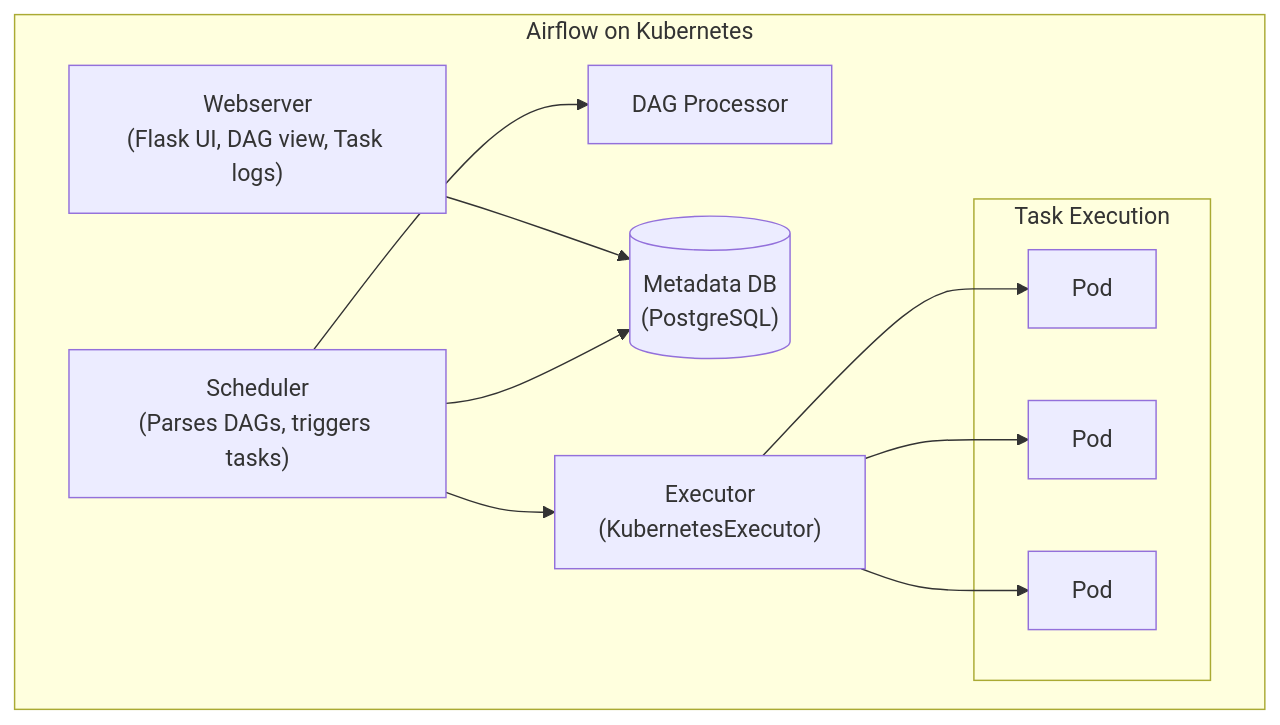
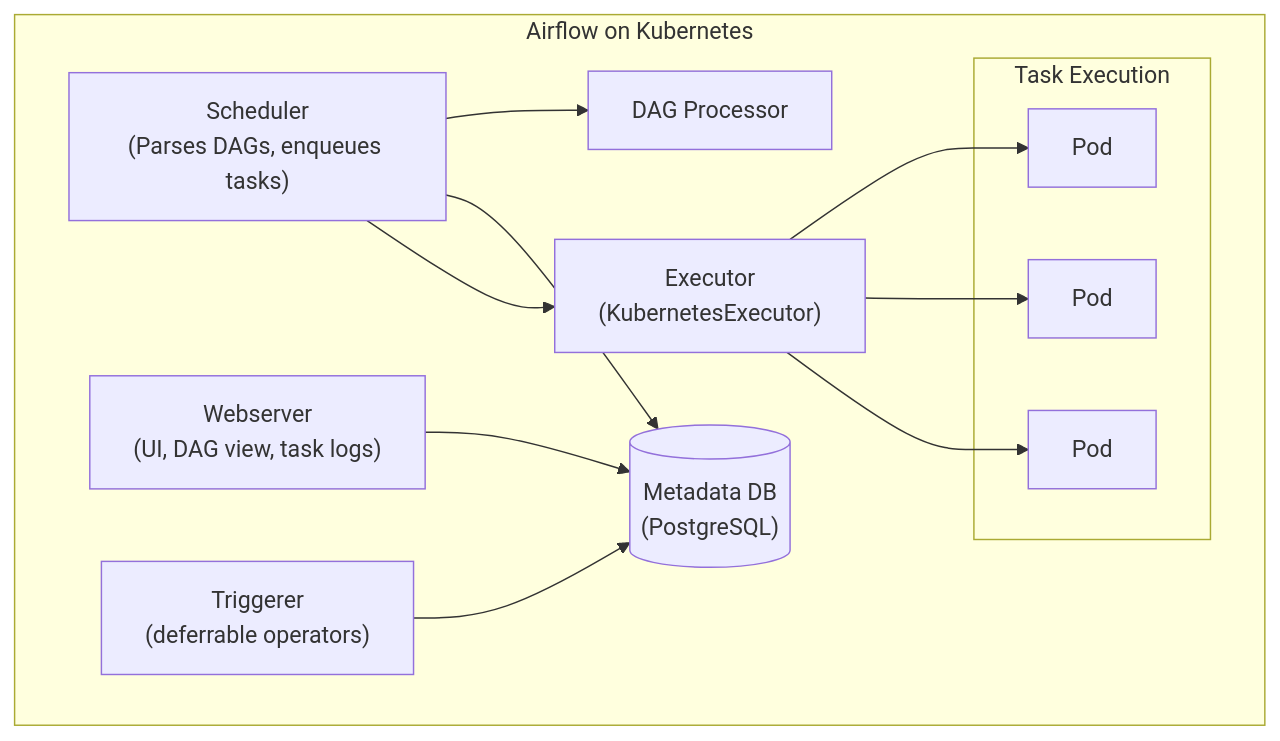
One commit to kube-dojo/kube-dojo changed the first of 3 diagrams in src/content/docs/platform/disciplines/data-ai/data-engineering/module-1.5-airflow.md. Above: the diagram before and after it, drawn with Mermaid. The commit also changed other lines of this file, not shown here.

````diff
--- a/src/content/docs/platform/disciplines/data-ai/data-engineering/module-1.5-airflow.md
+++ b/src/content/docs/platform/disciplines/data-ai/data-engineering/module-1.5-airflow.md
@@ -58,24 +67,26 @@
 ```mermaid
 graph TD
     subgraph "Airflow on Kubernetes"
-        W["Webserver<br/>(Flask UI, DAG view, Task logs)"]
-        S["Scheduler<br/>(Parses DAGs, triggers tasks)"]
+        W["Webserver<br/>(UI, DAG view, task logs)"]
+        S["Scheduler<br/>(Parses DAGs, enqueues tasks)"]
         DP["DAG Processor"]
         M[("Metadata DB<br/>(PostgreSQL)")]
         E["Executor<br/>(KubernetesExecutor)"]
+        T["Triggerer<br/>(deferrable operators)"]
         
         S --> DP
         W --> M
         S --> M
         S --> E
+        T --> M
         
         subgraph "Task Execution"
             P1["Pod"]
             P2["Pod"]
             P3["Pod"]
         end
         E --> P1
         E --> P2
         E --> P3
     end
 ```
````
